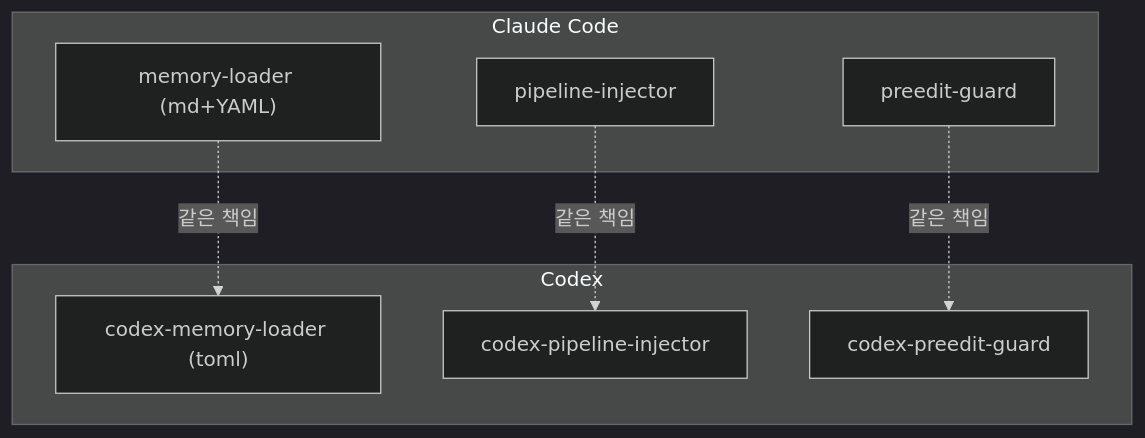
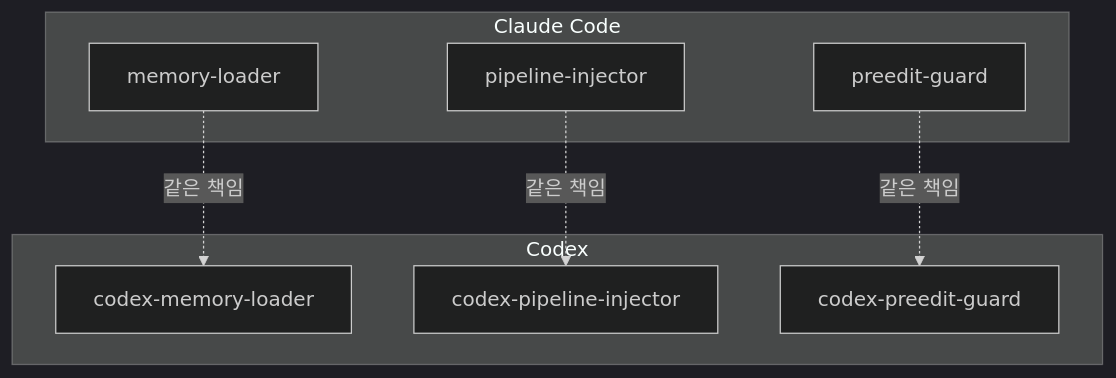
The diagram in src/content/posts/harness-6-codex.md (RJ-Stony/injoy), drawn with Mermaid (dark theme) before and after one commit. The commit also changed other lines of this file and 9 other files, not shown here.

````diff
--- a/src/content/posts/harness-6-codex.md
+++ b/src/content/posts/harness-6-codex.md
@@ -76,16 +76,16 @@
 ```mermaid
 flowchart TD
     subgraph Claude["Claude Code"]
-        C1["memory-loader (md+YAML)"]
+        C1["memory-loader"]
         C2["pipeline-injector"]
         C3["preedit-guard"]
     end
     subgraph Codex["Codex"]
-        D1["codex-memory-loader (toml)"]
+        D1["codex-memory-loader"]
         D2["codex-pipeline-injector"]
         D3["codex-preedit-guard"]
     end
     C1 -.같은 책임.-> D1
     C2 -.같은 책임.-> D2
     C3 -.같은 책임.-> D3
 ```
````
